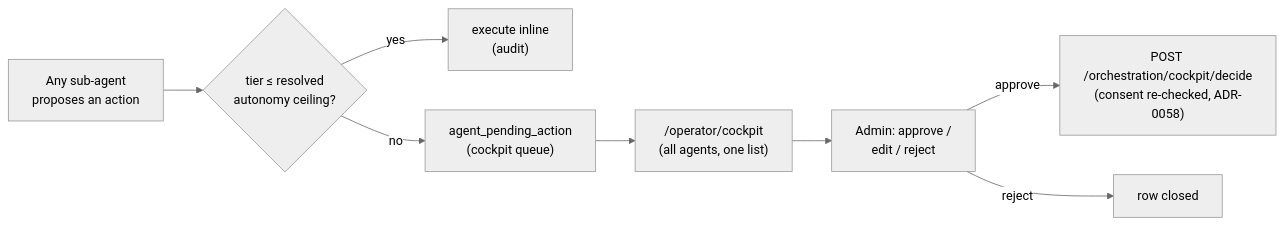
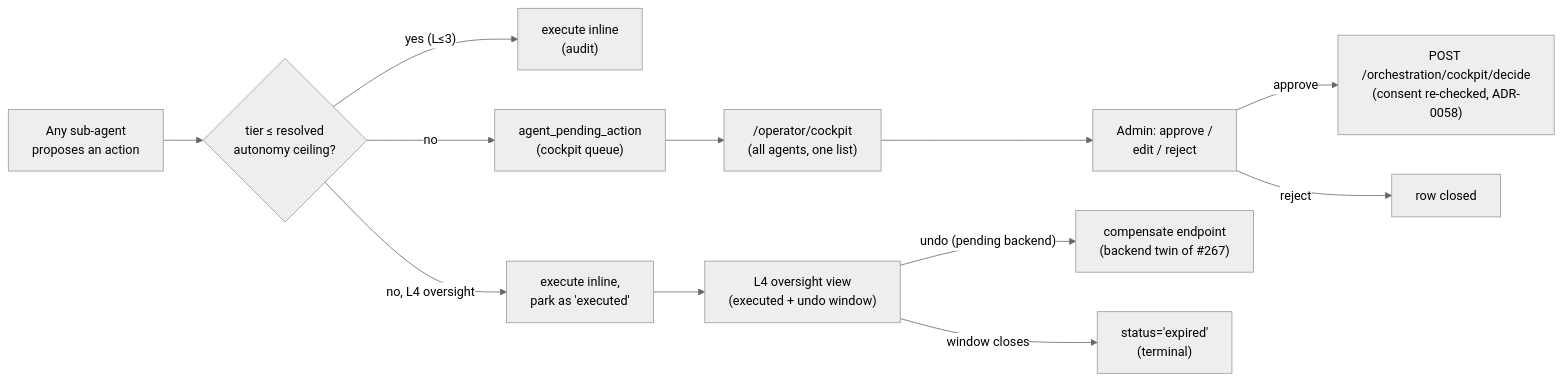
The diagram in docs/agents/approval-cockpit.md (markdconnelly/ImperionCRM), drawn with Mermaid (neutral theme) before and after one commit. The commit also changed other lines of this file and 5 other files, not shown here.

First line of the commit message:
feat(operator): L4 oversight view — executed actions + undo window (#1202)

````diff
--- a/docs/agents/approval-cockpit.md
+++ b/docs/agents/approval-cockpit.md
@@ -44,10 +53,14 @@
 ```mermaid
 flowchart LR
     AGENT["Any sub-agent<br/>proposes an action"] --> ROUTE{"tier ≤ resolved<br/>autonomy ceiling?"}
-    ROUTE -- "yes" --> EXEC["execute inline<br/>(audit)"]
+    ROUTE -- "yes (L≤3)" --> EXEC["execute inline<br/>(audit)"]
+    ROUTE -- "no, L4 oversight" --> EXECL4["execute inline,<br/>park as 'executed'"]
     ROUTE -- "no" --> QUEUE["agent_pending_action<br/>(cockpit queue)"]
     QUEUE --> COCKPIT["/operator/cockpit<br/>(all agents, one list)"]
     COCKPIT --> OP["Admin: approve /<br/>edit / reject"]
     OP -- "approve" --> EXEC2["POST /orchestration/cockpit/decide<br/>(consent re-checked, ADR-0058)"]
     OP -- "reject" --> CLOSE["row closed"]
+    EXECL4 --> OVERSIGHT["L4 oversight view<br/>(executed + undo window)"]
+    OVERSIGHT -- "undo (pending backend)" --> COMPENSATE["compensate endpoint<br/>(backend twin of #267)"]
+    OVERSIGHT -- "window closes" --> EXPIRED["status='expired'<br/>(terminal)"]
 ```
````
